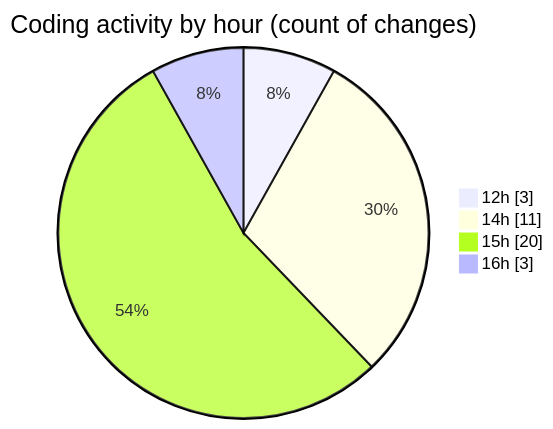
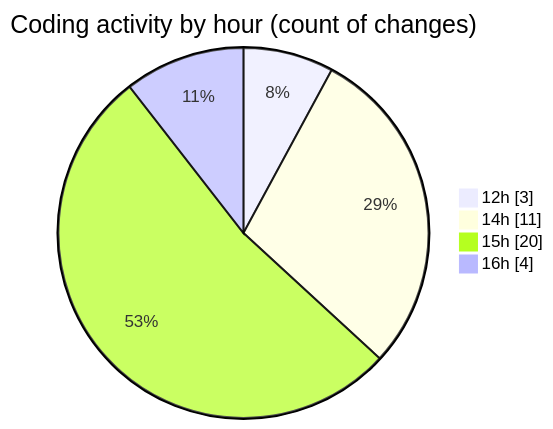
One commit to debugP/code-tracking changed the second of 2 diagrams in 2026-07-27/untitled__workspace_/README.md. Above: the diagram before and after it, drawn with Mermaid. The commit also changed other lines of this file and 1 other file, not shown here.

````diff
--- a/2026-07-27/untitled__workspace_/README.md
+++ b/2026-07-27/untitled__workspace_/README.md
@@ -33,8 +34,8 @@
 ```mermaid
 pie showData
 title Coding activity by hour (count of changes)
 "12h" : 3
 "14h" : 11
 "15h" : 20
-"16h" : 3
+"16h" : 4
 ```
````
